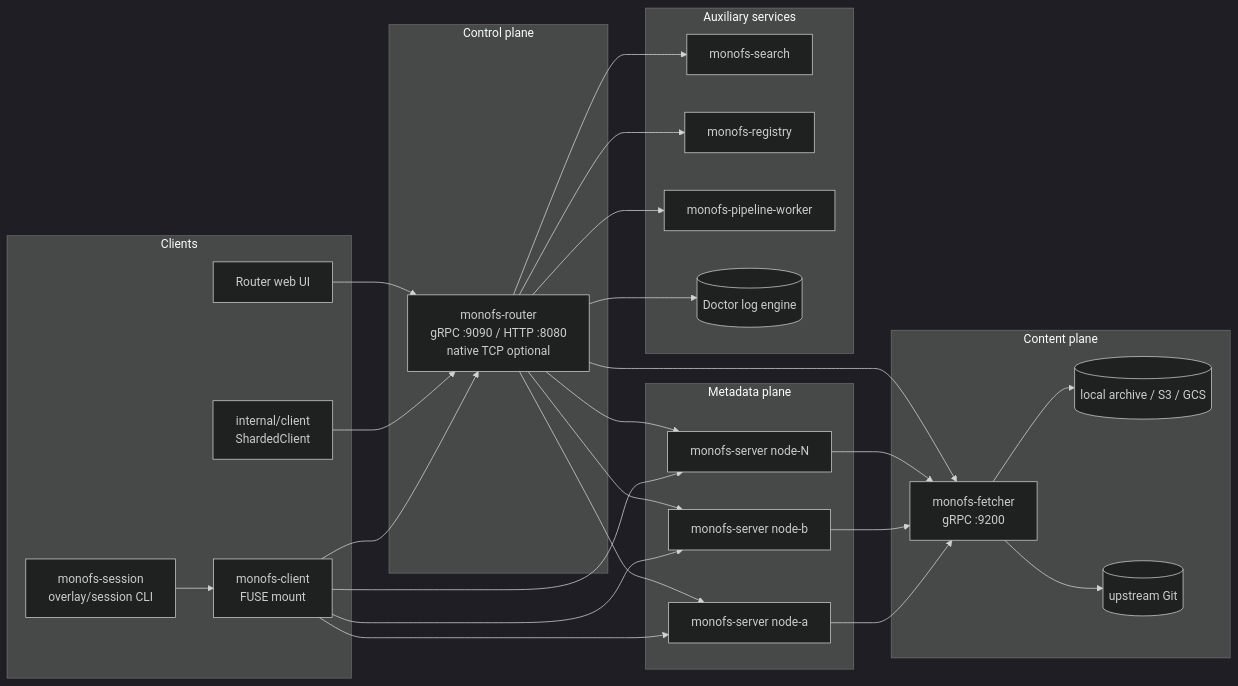
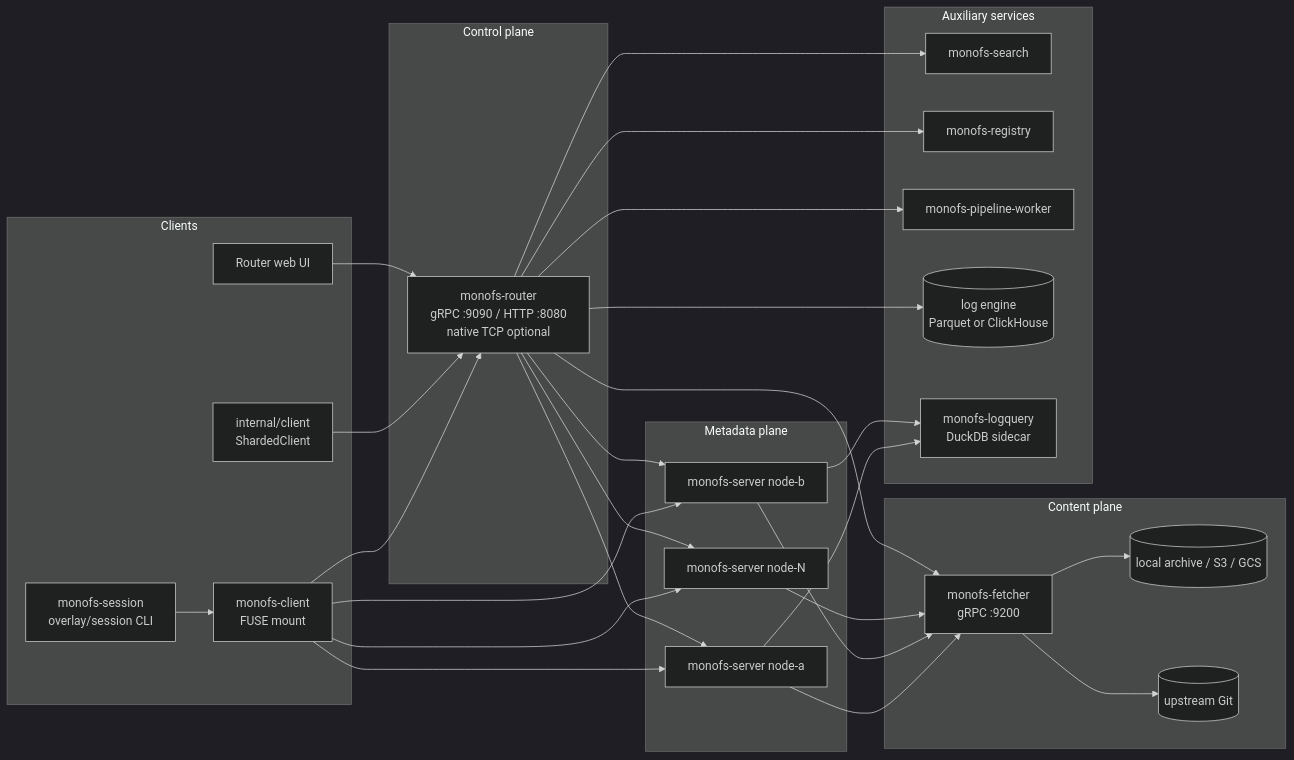
The diagram in docs/README.md (radryc/monofs), drawn with Mermaid (dark theme) before and after one commit. The commit also changed other lines of this file and 3 other files, not shown here.

First line of the commit message:
docs: refresh architecture for span engines and telemetry encryption

````diff
--- a/docs/README.md
+++ b/docs/README.md
@@ -19,56 +17,59 @@
 ```mermaid
 flowchart LR
     subgraph Clients
         FUSE[monofs-client<br/>FUSE mount]
         SESSION[monofs-session<br/>overlay/session CLI]
         SDK[internal/client<br/>ShardedClient]
         UI[Router web UI]
     end
 
     subgraph ControlPlane[Control plane]
         ROUTER[monofs-router<br/>gRPC :9090 / HTTP :8080<br/>native TCP optional]
     end
 
     subgraph MetadataPlane[Metadata plane]
         N1[monofs-server node-a]
         N2[monofs-server node-b]
         NN[monofs-server node-N]
     end
 
     subgraph ContentPlane[Content plane]
         FETCH[monofs-fetcher<br/>gRPC :9200]
         OBJ[(local archive / S3 / GCS)]
         GIT[(upstream Git)]
     end
 
     subgraph Auxiliary[Auxiliary services]
         SEARCH[monofs-search]
         REG[monofs-registry]
         PIPE[monofs-pipeline-worker]
-        DOCTOR[(Doctor log engine)]
+        DOCTOR[(log engine<br/>Parquet or ClickHouse)]
+        LQ[monofs-logquery<br/>DuckDB sidecar]
     end
 
     FUSE --> ROUTER
     SESSION --> FUSE
     SDK --> ROUTER
     UI --> ROUTER
 
     FUSE --> N1
     FUSE --> N2
     FUSE --> NN
     ROUTER --> N1
     ROUTER --> N2
     ROUTER --> NN
 
     N1 --> FETCH
     N2 --> FETCH
     NN --> FETCH
     ROUTER --> FETCH
     FETCH --> OBJ
     FETCH --> GIT
 
     ROUTER --> SEARCH
     ROUTER --> REG
     ROUTER --> PIPE
     ROUTER --> DOCTOR
+    N1 --> LQ
+    N2 --> LQ
 ```
````
